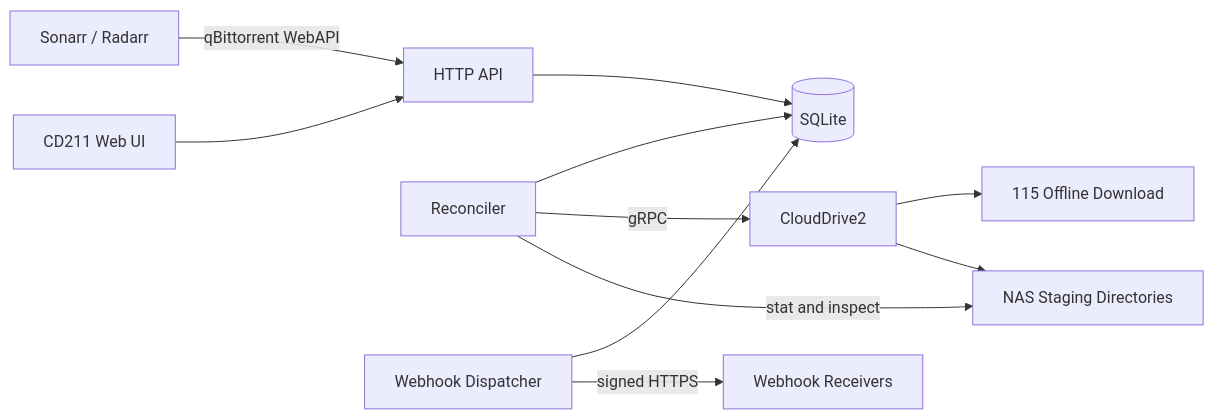
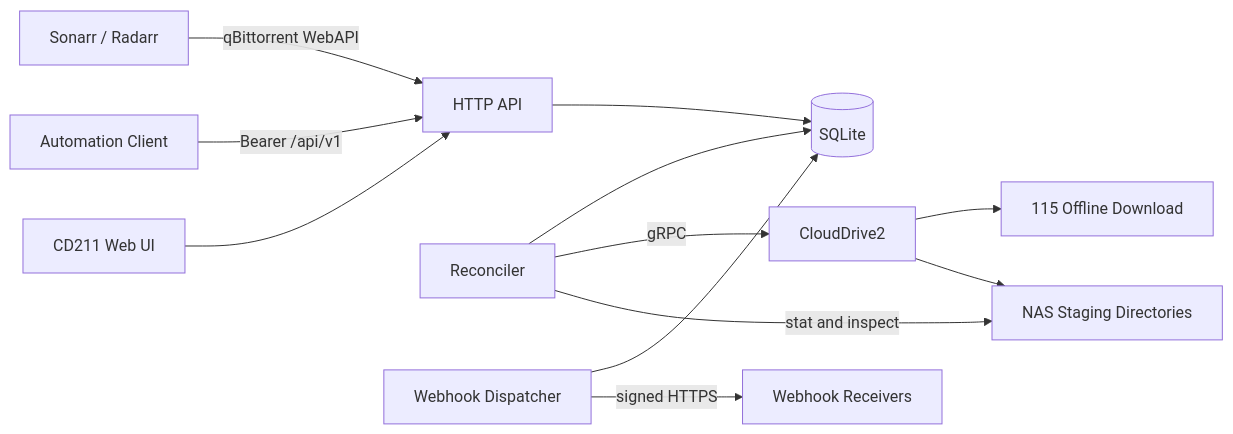
Before and after one commit to turygo/cd211: the first of 2 diagrams in docs/design.md, drawn with Mermaid. The commit also changed other lines of this file and 48 other files, not shown here.

First line of the commit message:
feat: add native download automation API

````diff
--- a/docs/design.md
+++ b/docs/design.md
@@ -99,13 +102,14 @@
 ```mermaid
 flowchart LR
     ARR[Sonarr / Radarr] -->|qBittorrent WebAPI| API[HTTP API]
+    AUT[Automation Client] -->|Bearer /api/v1| API
     WEB[CD211 Web UI] --> API
     API --> DB[(SQLite)]
     REC[Reconciler] --> DB
     REC -->|gRPC| CD2[CloudDrive2]
     CD2 --> CLOUD[115 Offline Download]
     CD2 --> NAS[NAS Staging Directories]
     REC -->|stat and inspect| NAS
     DISP[Webhook Dispatcher] --> DB
     DISP -->|signed HTTPS| RX[Webhook Receivers]
 ```
````
